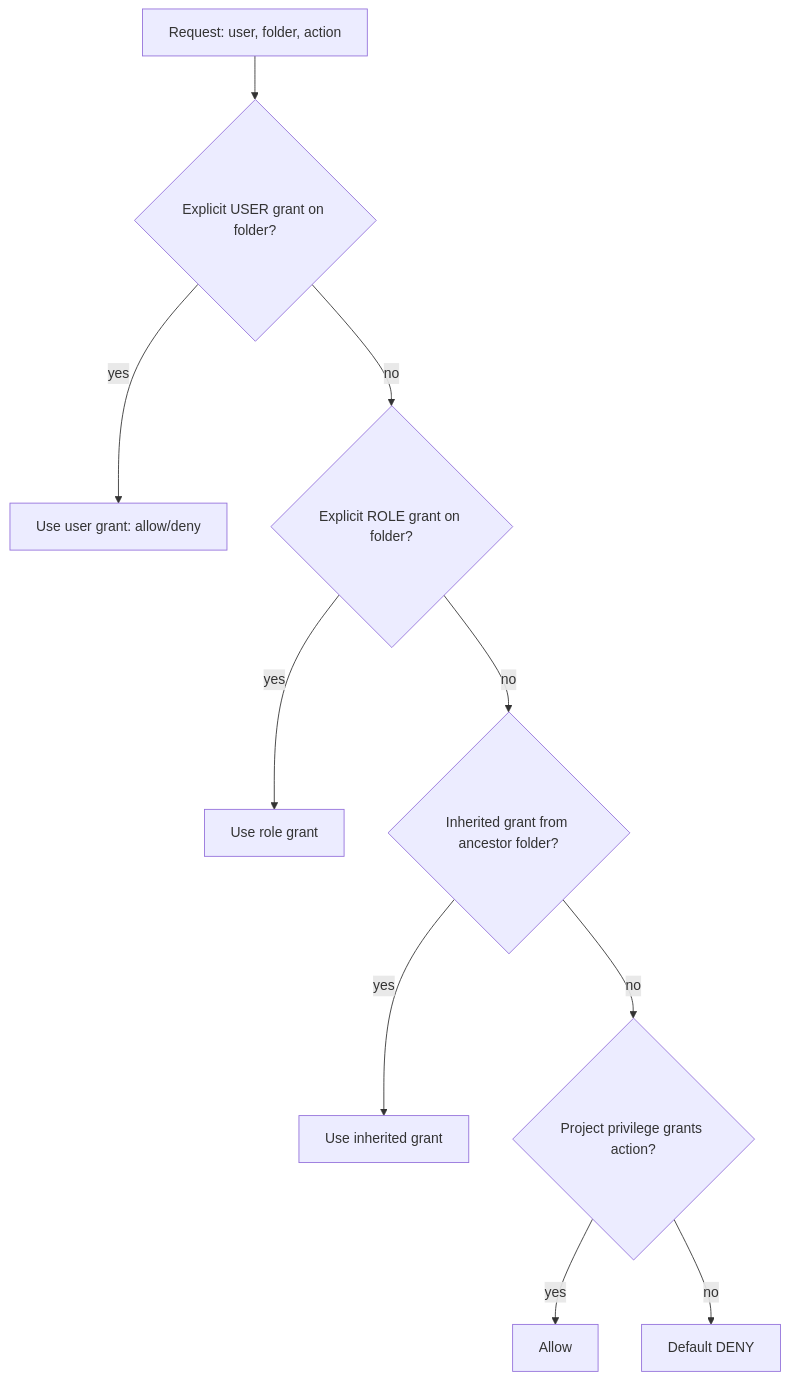
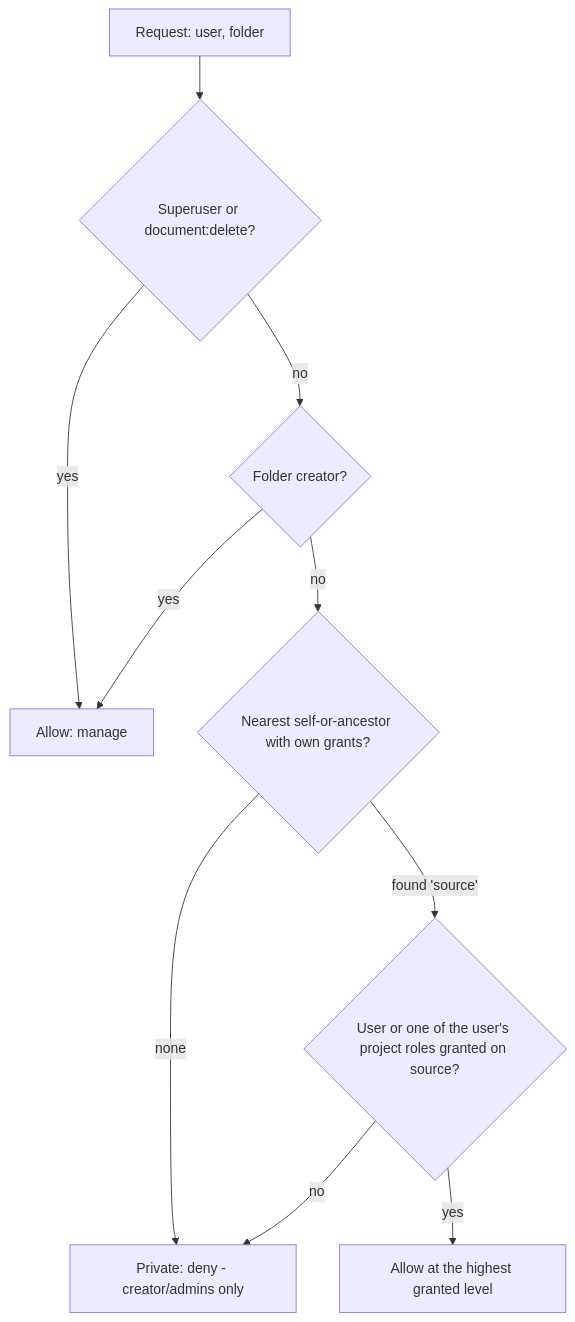
The second of 12 diagrams in docs/modules/folder-management-blueprint.md (arpatel/CDE), drawn with Mermaid before and after one commit. The commit also changed other lines of this file and 5 other files, not shown here.

````diff
--- a/docs/modules/folder-management-blueprint.md
+++ b/docs/modules/folder-management-blueprint.md
@@ -275,12 +275,12 @@
 ```mermaid
 flowchart TD
-  A[Request: user, folder, action] --> B{Explicit USER grant on folder?}
-  B -- yes --> R1[Use user grant: allow/deny]
-  B -- no --> C{Explicit ROLE grant on folder?}
-  C -- yes --> R2[Use role grant]
-  C -- no --> D{Inherited grant from ancestor folder?}
-  D -- yes --> R3[Use inherited grant]
-  D -- no --> E{Project privilege grants action?}
-  E -- yes --> R4[Allow]
-  E -- no --> R5[Default DENY]
+  A[Request: user, folder] --> S{Superuser or document:delete?}
+  S -- yes --> R0[Allow: manage]
+  S -- no --> CR{Folder creator?}
+  CR -- yes --> R0
+  CR -- no --> D{Nearest self-or-ancestor with own grants?}
+  D -- none --> R5[Private: deny - creator/admins only]
+  D -- found 'source' --> G{User or one of the user's project roles granted on source?}
+  G -- yes --> R3[Allow at the highest granted level]
+  G -- no --> R5
 ```
````
